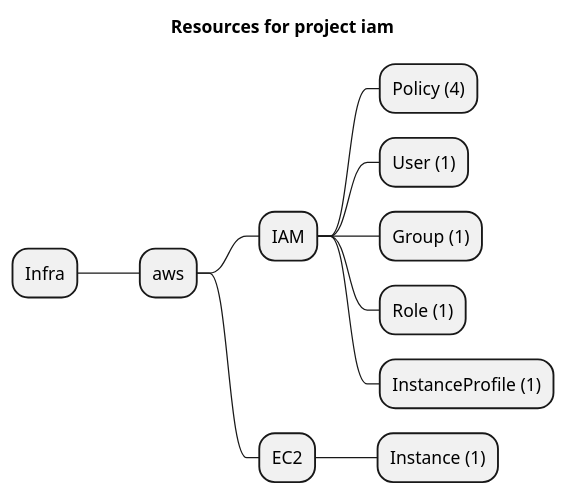
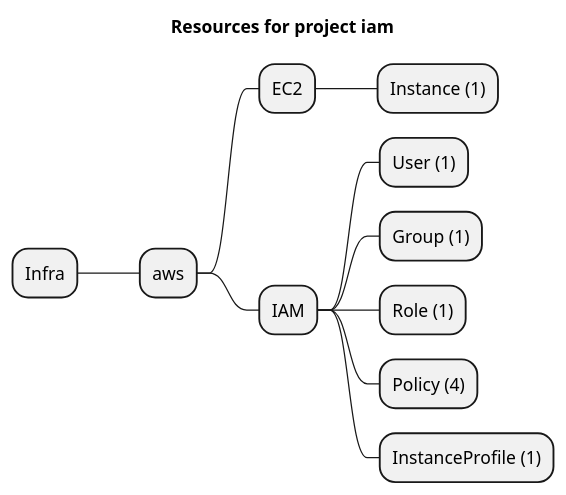
The diagram in examples/aws/iam/iam/artifacts/resources-mindmap.puml (grucloud/grucloud), drawn with PlantUML before and after one commit. The commit also changed other lines of this file and 135 other files, not shown here.

```diff
--- a/examples/aws/iam/iam/artifacts/resources-mindmap.puml
+++ b/examples/aws/iam/iam/artifacts/resources-mindmap.puml
@@ -1,14 +1,14 @@
 @startmindmap
 title Resources for project iam
 skinparam monochrome true
 + Infra
 ++ aws
++++ EC2
+++++ Instance (1)
 +++ IAM
-++++ Policy (4)
 ++++ User (1)
 ++++ Group (1)
 ++++ Role (1)
+++++ Policy (4)
 ++++ InstanceProfile (1)
-+++ EC2
-++++ Instance (1)
 @endmindmap
```
